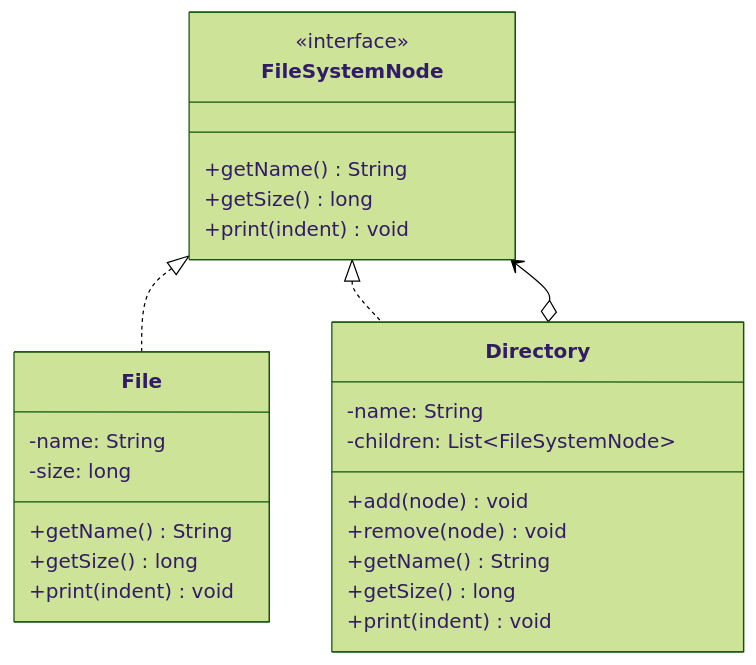
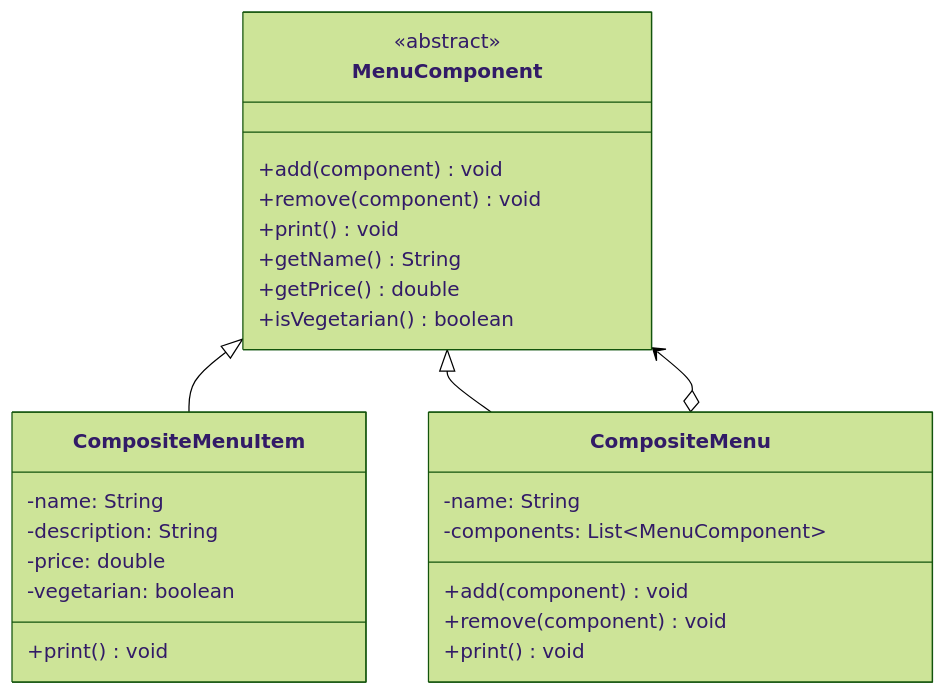
One commit to luguosong/programming-notes changed the diagram in docs/topic/design-patterns/structural-patterns/composite/index.md. Above: the diagram before and after it, drawn with Mermaid (forest theme). The commit also changed other lines of this file and 24 other files, not shown here.

````diff
--- a/docs/topic/design-patterns/structural-patterns/composite/index.md
+++ b/docs/topic/design-patterns/structural-patterns/composite/index.md
@@ -23,28 +27,29 @@
 ```mermaid
 classDiagram
-    class FileSystemNode {
-        <<interface>>
+    class MenuComponent {
+        <<abstract>>
+        +add(component) void
+        +remove(component) void
+        +print() void
         +getName() String
-        +getSize() long
-        +print(indent) void
+        +getPrice() double
+        +isVegetarian() boolean
     }
-    class File {
+    class CompositeMenuItem {
         -name: String
-        -size: long
-        +getName() String
-        +getSize() long
-        +print(indent) void
+        -description: String
+        -price: double
+        -vegetarian: boolean
+        +print() void
     }
-    class Directory {
+    class CompositeMenu {
         -name: String
-        -children: List~FileSystemNode~
-        +add(node) void
-        +remove(node) void
-        +getName() String
-        +getSize() long
-        +print(indent) void
+        -components: List~MenuComponent~
+        +add(component) void
+        +remove(component) void
+        +print() void
     }
-    FileSystemNode <|.. File
-    FileSystemNode <|.. Directory
-    Directory o--> FileSystemNode
+    MenuComponent <|-- CompositeMenuItem
+    MenuComponent <|-- CompositeMenu
+    CompositeMenu o--> MenuComponent
 ```
````
